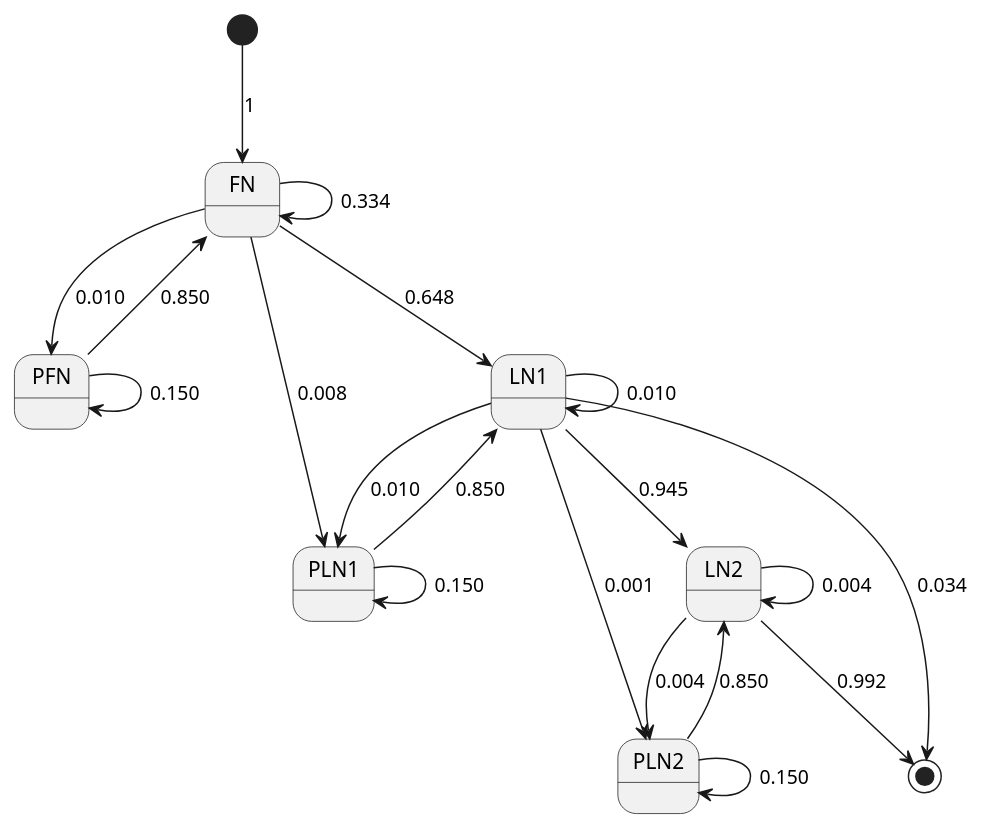
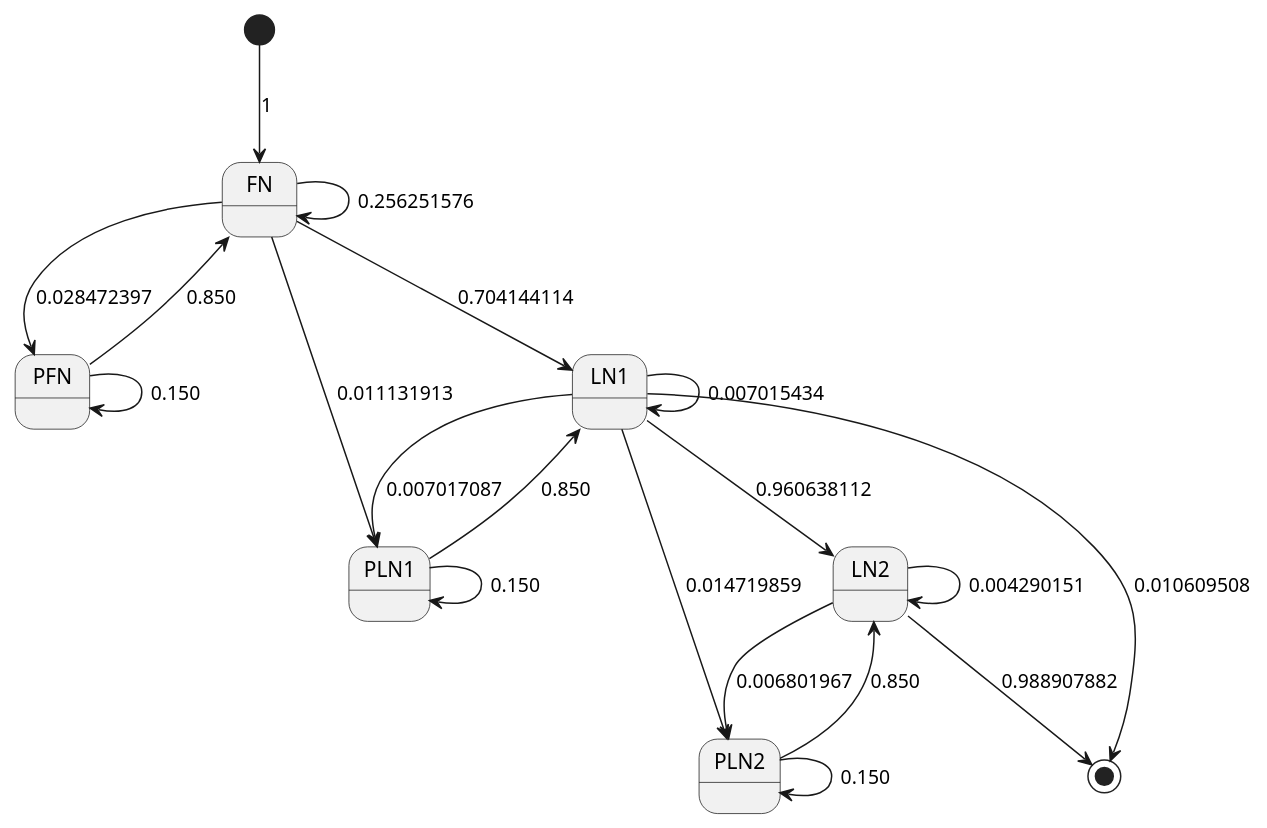
One commit to lla11358/hmm-name-parser changed the first of 2 diagrams in doc/graph.md. Above: the diagram before and after it, drawn with PlantUML. The commit also changed other lines of this file and 7 other files, not shown here.

````diff
--- a/doc/graph.md
+++ b/doc/graph.md
@@ -117,23 +115,23 @@
 ```plantuml
 @startuml
 [*] --> FN: 1
-FN --> FN: 0.334
-FN --> PFN: 0.010
-FN --> LN1: 0.648
-FN --> PLN1: 0.008
+FN --> FN: 0.256251576
+FN --> PFN: 0.028472397
+FN --> LN1: 0.704144114
+FN --> PLN1: 0.011131913
 PFN --> PFN: 0.150
 PFN --> FN: 0.850
-LN1 --> LN1: 0.010
-LN1 --> PLN1: 0.010
-LN1 --> LN2: 0.945
-LN1 --> PLN2: 0.001
-LN1 --> [*]: 0.034
+LN1 --> LN1: 0.007015434
+LN1 --> PLN1: 0.007017087
+LN1 --> LN2: 0.960638112
+LN1 --> PLN2: 0.014719859
+LN1 --> [*]: 0.010609508
 PLN1 --> PLN1: 0.150
 PLN1 --> LN1: 0.850
-LN2 --> LN2: 0.004
-LN2 --> PLN2: 0.004
-LN2 --> [*]: 0.992
+LN2 --> LN2: 0.004290151
+LN2 --> PLN2: 0.006801967
+LN2 --> [*]: 0.988907882
 PLN2 --> PLN2: 0.150
 PLN2 --> LN2: 0.850
 @enduml
 ```
````
